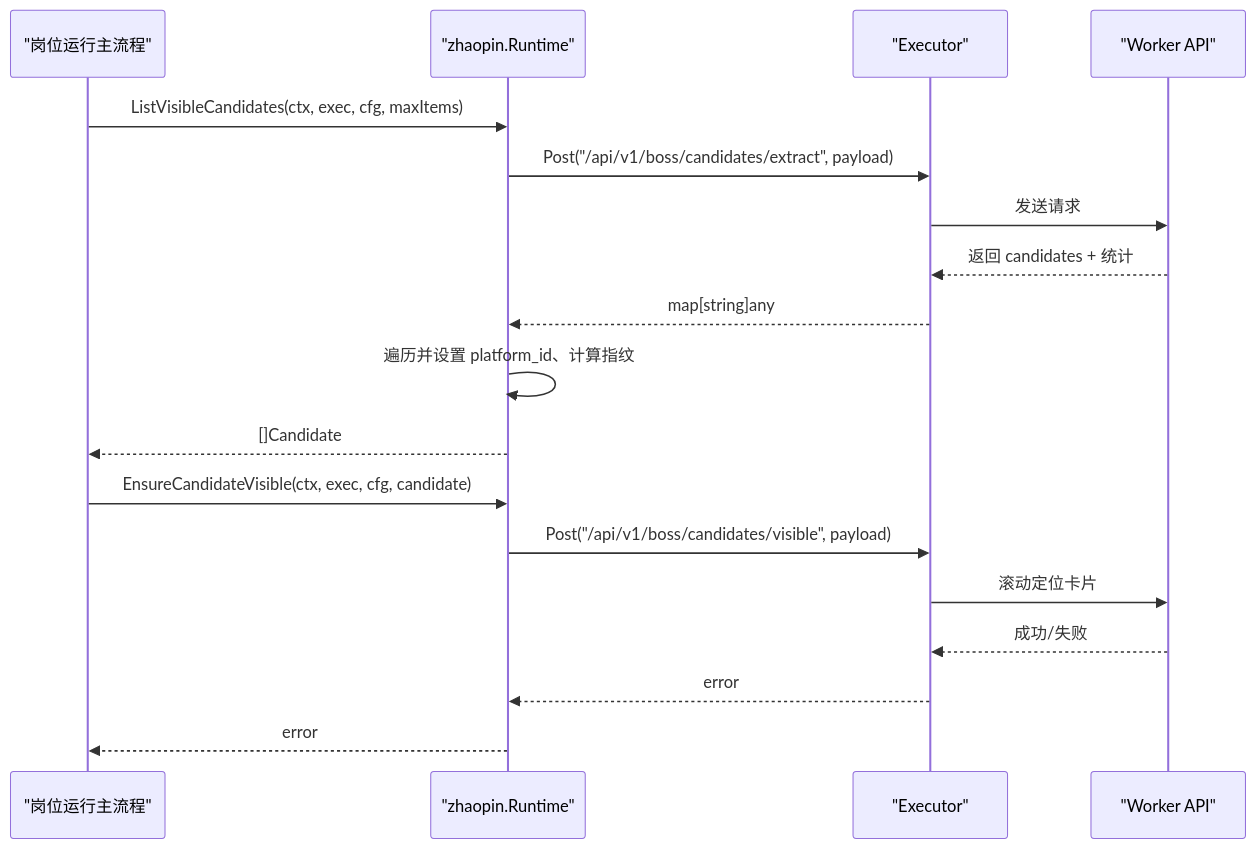
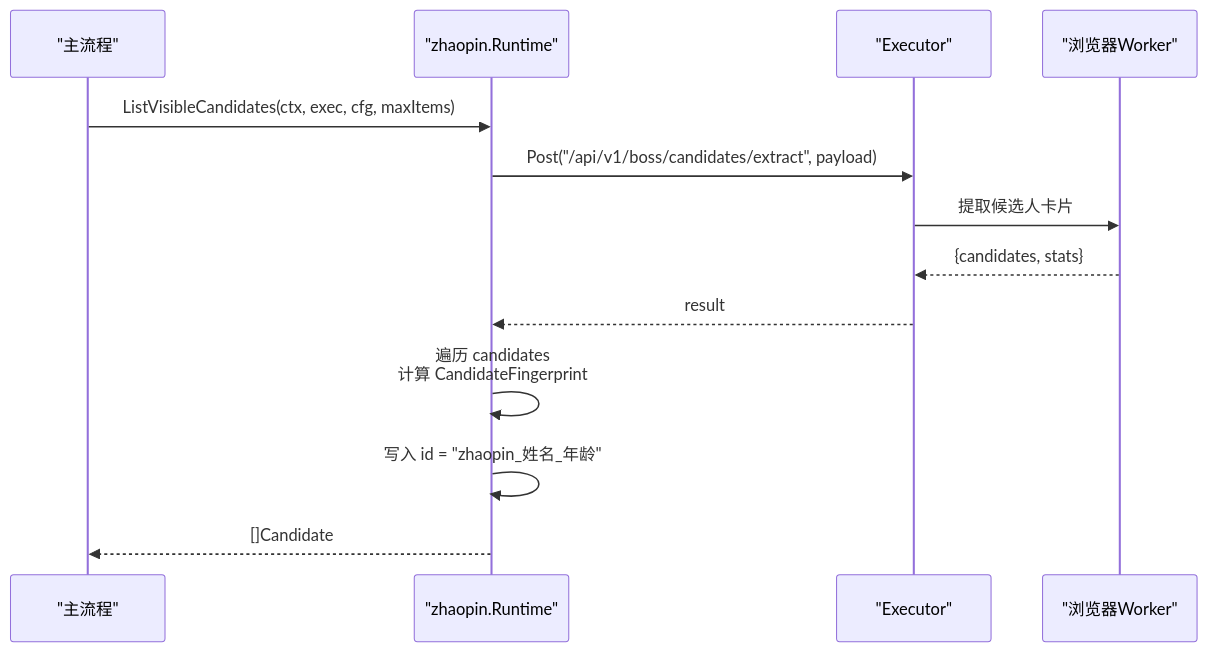
Before and after one commit to alvinwangzi/goodhr: the second of 3 diagrams in .qoder/repowiki/zh/content/本地执行器/平台适配器/智联招聘适配器/运行时环境.md, drawn with Mermaid. The commit also changed other lines of this file and 149 other files, not shown here.

````diff
--- a/.qoder/repowiki/zh/content/本地执行器/平台适配器/智联招聘适配器/运行时环境.md
+++ b/.qoder/repowiki/zh/content/本地执行器/平台适配器/智联招聘适配器/运行时环境.md
@@ -83,20 +87,15 @@
 ```mermaid
 sequenceDiagram
-participant Runner as "岗位运行主流程"
-participant R as "zhaopin.Runtime"
-participant E as "Executor"
-participant W as "Worker API"
-Runner->>R : ListVisibleCandidates(ctx, exec, cfg, maxItems)
-R->>E : Post("/api/v1/boss/candidates/extract", payload)
-E->>W : 发送请求
-W-->>E : 返回 candidates + 统计
-E-->>R : map[string]any
-R->>R : 遍历并设置 platform_id、计算指纹
-R-->>Runner : []Candidate
-Runner->>R : EnsureCandidateVisible(ctx, exec, cfg, candidate)
-R->>E : Post("/api/v1/boss/candidates/visible", payload)
-E->>W : 滚动定位卡片
-W-->>E : 成功/失败
-E-->>R : error
-R-->>Runner : error
+participant Runner as "主流程"
+participant ZR as "zhaopin.Runtime"
+participant Exec as "Executor"
+participant Worker as "浏览器Worker"
+Runner->>ZR : ListVisibleCandidates(ctx, exec, cfg, maxItems)
+ZR->>Exec : Post("/api/v1/boss/candidates/extract", payload)
+Exec->>Worker : 提取候选人卡片
+Worker-->>Exec : {candidates, stats}
+Exec-->>ZR : result
+ZR->>ZR : 遍历 candidates<br/>计算 CandidateFingerprint
+ZR->>ZR : 写入 id = "zhaopin_姓名_年龄"
+ZR-->>Runner : []Candidate
 ```
````
